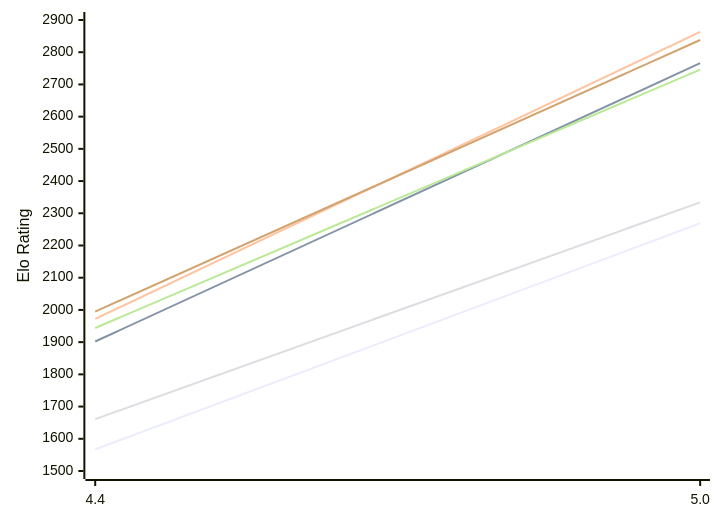
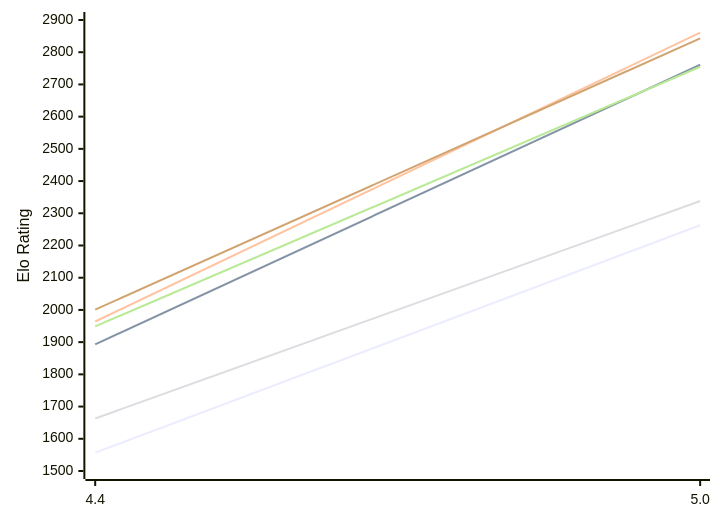
Before and after one commit to computer-chess-index/cci: the first of 2 diagrams in engines/Radiance.md, drawn with Mermaid. The commit also changed other lines of this file, not shown here.

Commit message:
Update CCI Ratings (ELO VLTC) - 2026-11-18

````diff
--- a/engines/Radiance.md
+++ b/engines/Radiance.md
@@ -51,12 +51,12 @@
 ```mermaid
 %%{init: {"theme":"base","themeVariables":{"seriesColors:['#a3a3a3','#222221','#faa371']}}}%%
 xychart-beta
   x-axis ["4.4", "5.0"]
   y-axis "Elo Rating" 1500 --> 2900
-  line "E1: STC (8.0+0.08s)" [1567, 2269]
-  line "E1: LTC (60.0+0.60s)" [1902, 2766]
-  line "E1: VLTC (2m24s+1.12s)" [1972, 2863]
-  line "P1: STC (8.0+0.08s)" [1661, 2334]
-  line "P1: LTC (60.0+0.60s)" [1944, 2746]
-  line "P1: VLTC (2m24s+1.12s)" [1995, 2838]
+  line "E1: STC (8.0+0.08s)" [1557, 2263]
+  line "E1: LTC (60.0+0.60s)" [1893, 2761]
+  line "E1: VLTC (2m24s+1.12s)" [1964, 2861]
+  line "P1: STC (8.0+0.08s)" [1663, 2338]
+  line "P1: LTC (60.0+0.60s)" [1949, 2755]
+  line "P1: VLTC (2m24s+1.12s)" [2001, 2843]
 ```
````
